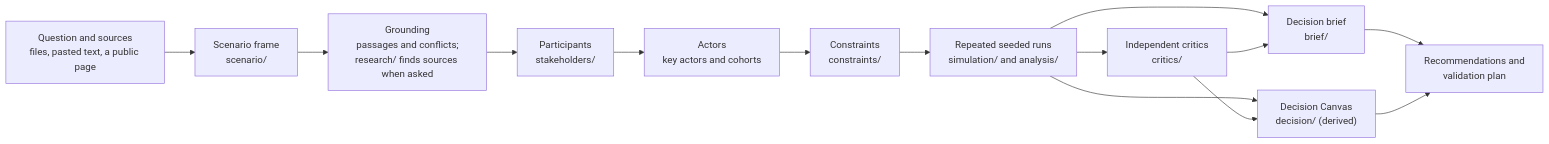
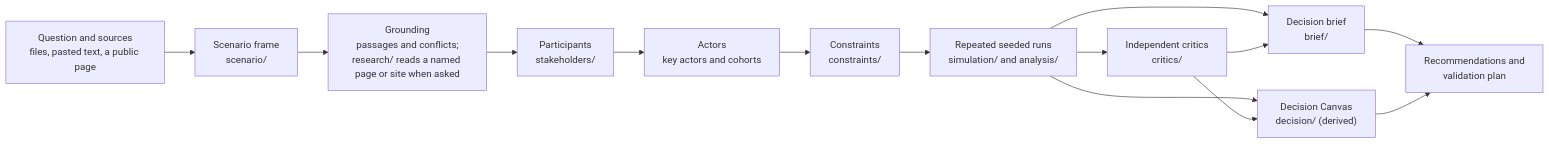
Before and after one commit to snowjug/Swarm: the first of 2 diagrams in ARCHITECTURE.md, drawn with Mermaid. The commit also changed other lines of this file and 3 other files, not shown here.

First line of the commit message:
docs: research reads a site or page that is named; a question alone gives it nothing to read

````diff
--- a/ARCHITECTURE.md
+++ b/ARCHITECTURE.md
@@ -38,16 +39,16 @@
 ```mermaid
 flowchart LR
     Q["Question and sources<br/>files, pasted text, a public page"] --> S["Scenario frame<br/>scenario/"]
-    S --> G["Grounding<br/>passages and conflicts;<br/>research/ finds sources when asked"]
+    S --> G["Grounding<br/>passages and conflicts;<br/>research/ reads a named page or site when asked"]
     G --> K["Participants<br/>stakeholders/"]
     K --> A["Actors<br/>key actors and cohorts"]
     A --> CN["Constraints<br/>constraints/"]
     CN --> R["Repeated seeded runs<br/>simulation/ and analysis/"]
     R --> C["Independent critics<br/>critics/"]
     R --> D["Decision Canvas<br/>decision/ (derived)"]
     R --> B["Decision brief<br/>brief/"]
     C --> B
     C --> D
     B --> V["Recommendations and<br/>validation plan"]
     D --> V
 ```
````
